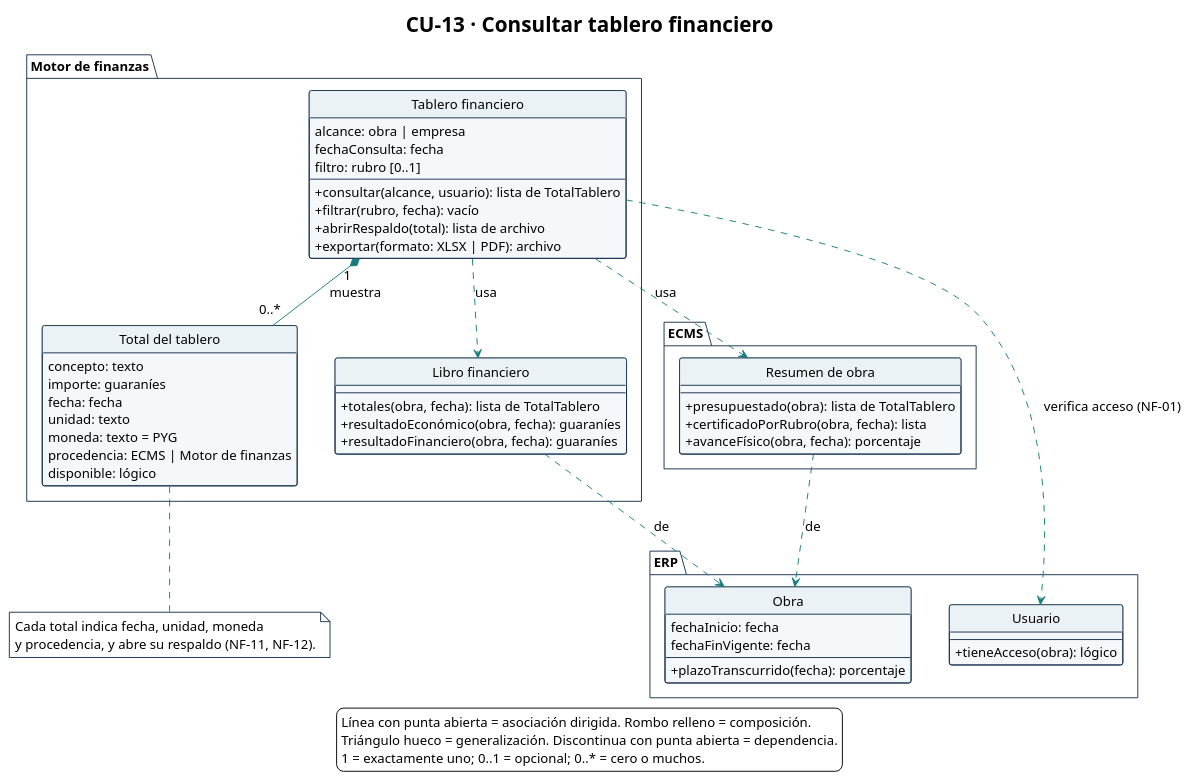
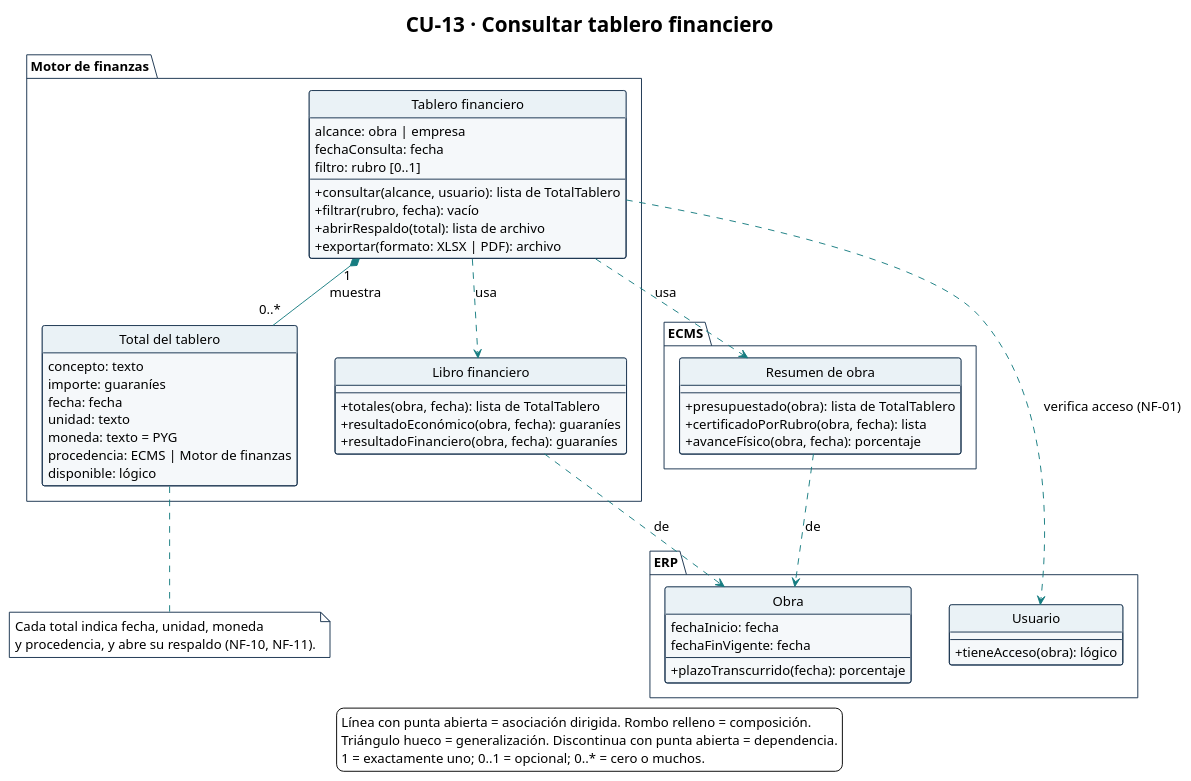
One commit to Ssrrb/tpf-uca changed the diagram in diagramas/CU-13-clases.puml. Above: the diagram before and after it, drawn with PlantUML. The commit also changed 43 other files, not shown here.

```diff
--- a/diagramas/CU-13-clases.puml
+++ b/diagramas/CU-13-clases.puml
@@ -1,98 +1,98 @@
 @startuml
 !theme plain
 skinparam style strictuml
 title CU-13 · Consultar tablero financiero
 hide circle
 hide empty methods
 hide empty fields
 skinparam shadowing false
 skinparam classAttributeIconSize 0
 skinparam defaultFontName Arial
 skinparam defaultFontSize 14
 skinparam nodesep 40
 skinparam ranksep 50
 skinparam ArrowColor #167C80
 skinparam class {
   BackgroundColor #F5F8FA
   BorderColor #17324D
   HeaderBackgroundColor #EAF2F6
 }
 skinparam package {
   BackgroundColor #FFFFFF
   BorderColor #17324D
 }
 skinparam note {
   BackgroundColor #FFFFFF
   BorderColor #17324D
 }
 package "Motor de finanzas" {
   class "Tablero financiero" as Tablero {
     alcance: obra | empresa
     fechaConsulta: fecha
     filtro: rubro [0..1]
     --
     + consultar(alcance, usuario): lista de TotalTablero
     + filtrar(rubro, fecha): vacío
     + abrirRespaldo(total): lista de archivo
     + exportar(formato: XLSX | PDF): archivo
   }
 
   class "Total del tablero" as TotalTablero {
     concepto: texto
     importe: guaraníes
     fecha: fecha
     unidad: texto
     moneda: texto = PYG
     procedencia: ECMS | Motor de finanzas
     disponible: lógico
   }
 
   class "Libro financiero" as LibroFinanciero {
     --
     + totales(obra, fecha): lista de TotalTablero
     + resultadoEconómico(obra, fecha): guaraníes
     + resultadoFinanciero(obra, fecha): guaraníes
   }
 }
 
 package "ECMS" {
   class "Resumen de obra" as ResumenObra {
     --
     + presupuestado(obra): lista de TotalTablero
     + certificadoPorRubro(obra, fecha): lista
     + avanceFísico(obra, fecha): porcentaje
   }
 }
 
 package "ERP" {
   class Usuario {
     --
     + tieneAcceso(obra): lógico
   }
 
   class Obra {
     fechaInicio: fecha
     fechaFinVigente: fecha
     --
     + plazoTranscurrido(fecha): porcentaje
   }
 }
 
 Tablero "1" *-- "0..*" TotalTablero : muestra
 Tablero ..> LibroFinanciero : usa
 Tablero ..> ResumenObra : usa
 Tablero ..> Usuario : verifica acceso (NF-01)
 ResumenObra ..> Obra : de
 LibroFinanciero ..> Obra : de
 
 note bottom of TotalTablero
   Cada total indica fecha, unidad, moneda
-  y procedencia, y abre su respaldo (NF-11, NF-12).
+  y procedencia, y abre su respaldo (NF-10, NF-11).
 end note
 
 legend bottom
   Línea con punta abierta = asociación dirigida. Rombo relleno = composición.
   Triángulo hueco = generalización. Discontinua con punta abierta = dependencia.
   1 = exactamente uno; 0..1 = opcional; 0..* = cero o muchos.
 endlegend
 @enduml
```
